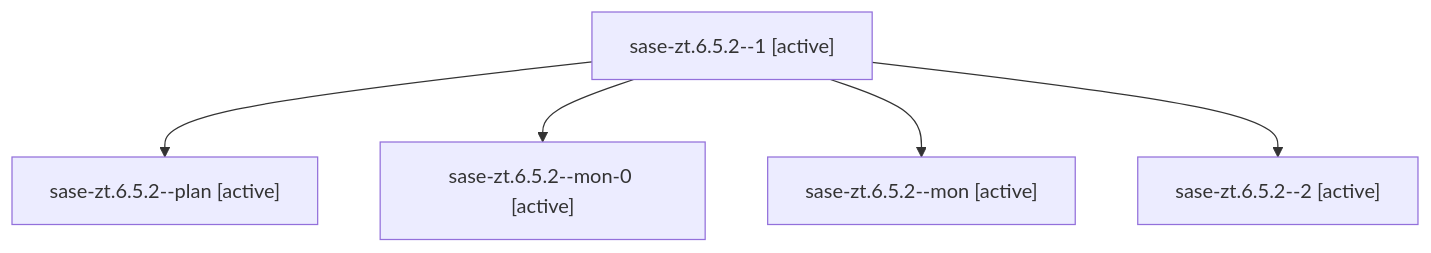
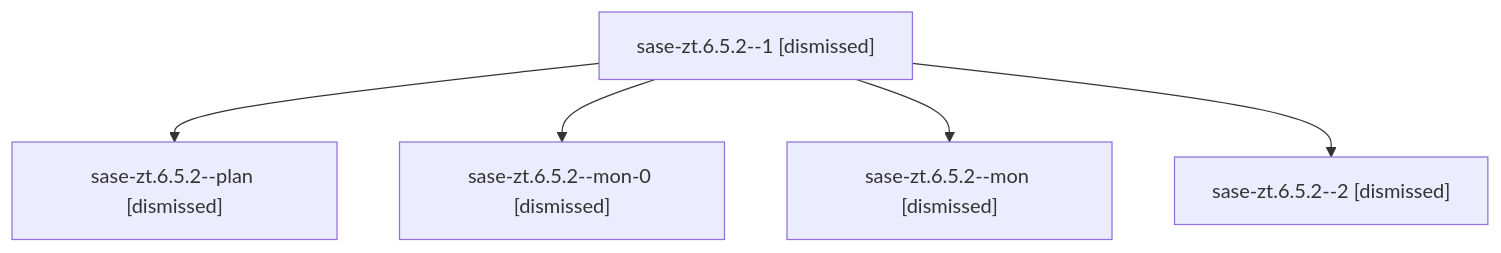
Before and after one commit to sase-org/sase--agents: the diagram in sessions/bbugyi200.athena.sase-zt.6.5.2.md, drawn with Mermaid. The commit also changed other lines of this file and 209 other files, not shown here.

````diff
--- a/sessions/bbugyi200.athena.sase-zt.6.5.2.md
+++ b/sessions/bbugyi200.athena.sase-zt.6.5.2.md
@@ -9,12 +9,12 @@
 ```mermaid
 flowchart TD
-  n0["sase-zt.6.5.2--1 [active]"]
-  n1["sase-zt.6.5.2--plan [active]"]
+  n0["sase-zt.6.5.2--1 [dismissed]"]
+  n1["sase-zt.6.5.2--plan [dismissed]"]
   n0 --> n1
-  n2["sase-zt.6.5.2--mon-0 [active]"]
+  n2["sase-zt.6.5.2--mon-0 [dismissed]"]
   n0 --> n2
-  n3["sase-zt.6.5.2--mon [active]"]
+  n3["sase-zt.6.5.2--mon [dismissed]"]
   n0 --> n3
-  n4["sase-zt.6.5.2--2 [active]"]
+  n4["sase-zt.6.5.2--2 [dismissed]"]
   n0 --> n4
 ```
````
